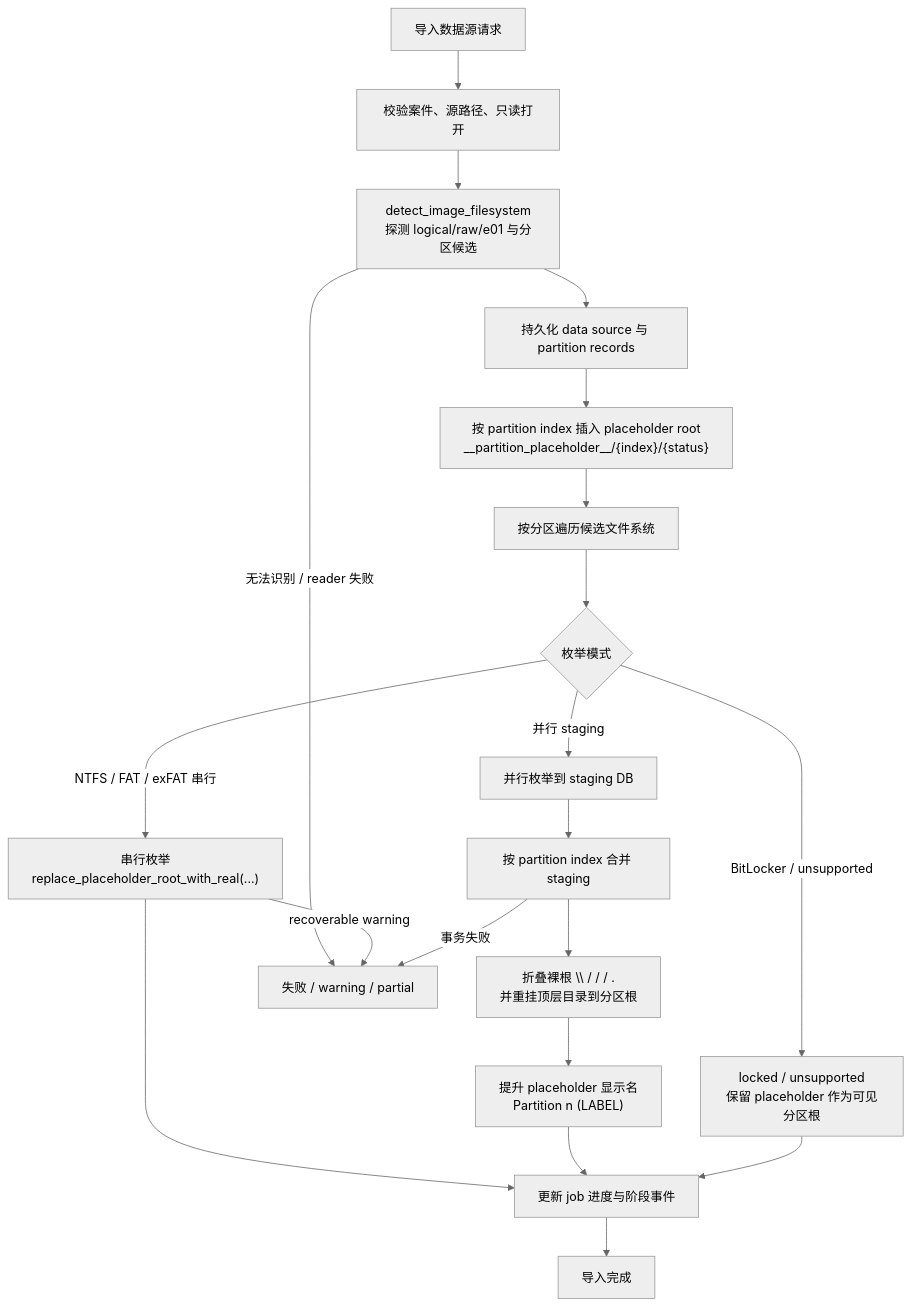
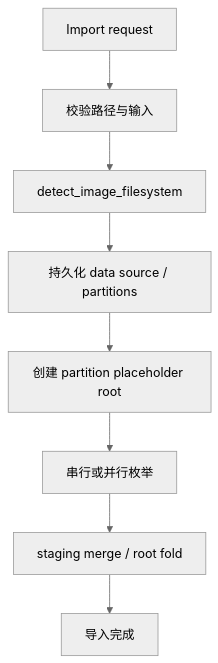
Before and after one commit to lQ-A-Ql/meow-detective: the seventh of 14 diagrams in docs/model-architecture-algorithm-diagrams.md, drawn with Mermaid (neutral theme). The commit also changed other lines of this file and 46 other files, not shown here.

````diff
--- a/docs/model-architecture-algorithm-diagrams.md
+++ b/docs/model-architecture-algorithm-diagrams.md
@@ -295,32 +181,13 @@
 ```mermaid
 flowchart TB
-  Start["导入数据源请求"]
-  Validate["校验案件、源路径、只读打开"]
-  Probe["detect_image_filesystem<br/>探测 logical/raw/e01 与分区候选"]
-  PersistDS["持久化 data source 与 partition records"]
-  Placeholder["按 partition index 插入 placeholder root<br/>__partition_placeholder__/{index}/{status}"]
-  PartitionLoop["按分区遍历候选文件系统"]
-  SelectMode{"枚举模式"}
-  Serial["串行枚举<br/>replace_placeholder_root_with_real(...)"]
-  Parallel["并行枚举到 staging DB"]
-  Locked["locked / unsupported<br/>保留 placeholder 作为可见分区根"]
-  Merge["按 partition index 合并 staging"]
-  Fold["折叠裸根 \\ / / / .<br/>并重挂顶层目录到分区根"]
-  Promote["提升 placeholder 显示名<br/>Partition n (LABEL)"]
-  Progress["更新 job 进度与阶段事件"]
+  Start["Import request"]
+  Validate["校验路径与输入"]
+  Probe["detect_image_filesystem"]
+  Persist["持久化 data source / partitions"]
+  Placeholder["创建 partition placeholder root"]
+  Enumerate["串行或并行枚举"]
+  Merge["staging merge / root fold"]
   Finish["导入完成"]
-  Fail["失败 / warning / partial"]
 
-  Start --> Validate --> Probe --> PersistDS --> Placeholder --> PartitionLoop
-  PartitionLoop --> SelectMode
-  SelectMode -->|NTFS / FAT / exFAT 串行| Serial
-  SelectMode -->|并行 staging| Parallel
-  SelectMode -->|BitLocker / unsupported| Locked
-  Serial --> Progress
-  Parallel --> Merge --> Fold --> Promote --> Progress
-  Locked --> Progress
-  Progress --> Finish
-  Probe -->|无法识别 / reader 失败| Fail
-  Serial -->|recoverable warning| Fail
-  Merge -->|事务失败| Fail
+  Start --> Validate --> Probe --> Persist --> Placeholder --> Enumerate --> Merge --> Finish
 ```
````
